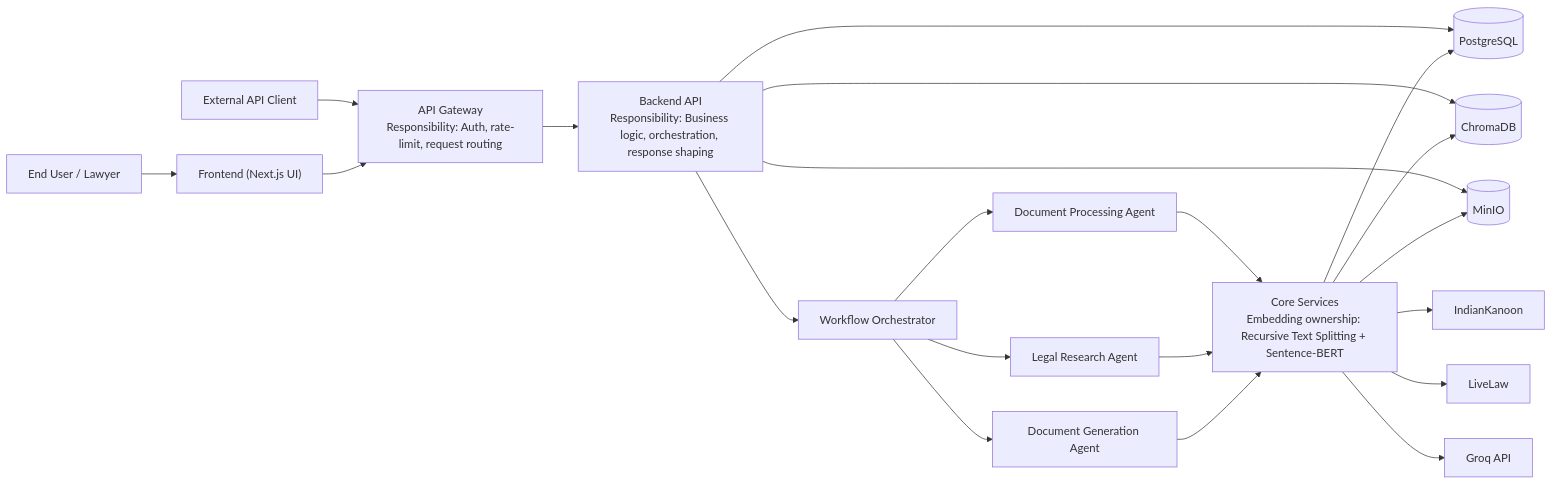
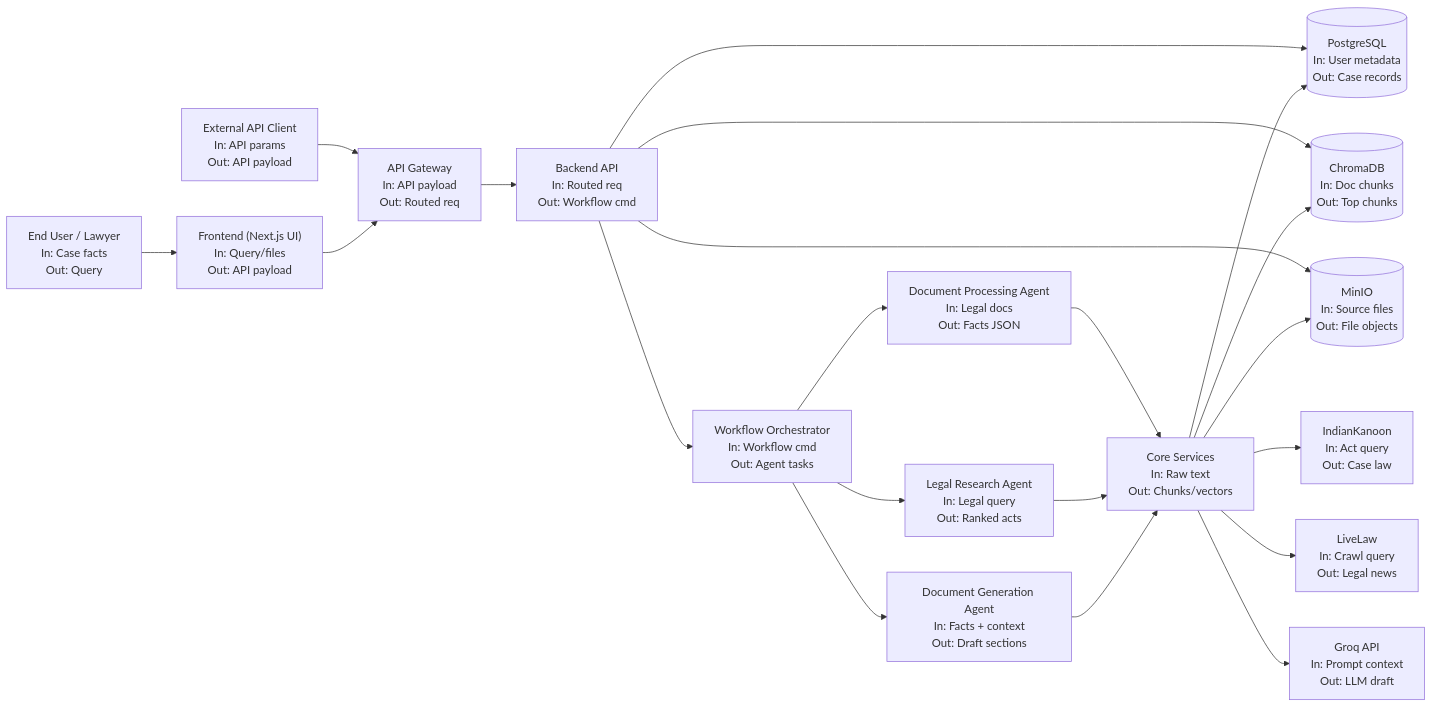
Before and after one commit to delisha02/droitdraft: the first of 4 diagrams in docs/system_architecture_diagram.md, drawn with Mermaid.

Commit message:
Add concise input/output labels to system diagram blocks

````diff
--- a/docs/system_architecture_diagram.md
+++ b/docs/system_architecture_diagram.md
@@ -7,29 +7,29 @@
 ```mermaid
 flowchart LR
-    User["End User / Lawyer"] --> FE["Frontend (Next.js UI)"]
-    APIClient["External API Client"] --> GW
+    User["End User / Lawyer\nIn: Case facts\nOut: Query"] --> FE["Frontend (Next.js UI)\nIn: Query/files\nOut: API payload"]
+    APIClient["External API Client\nIn: API params\nOut: API payload"] --> GW
 
-    FE --> GW["API Gateway\nResponsibility: Auth, rate-limit, request routing"]
-    GW --> BE["Backend API\nResponsibility: Business logic, orchestration, response shaping"]
+    FE --> GW["API Gateway\nIn: API payload\nOut: Routed req"]
+    GW --> BE["Backend API\nIn: Routed req\nOut: Workflow cmd"]
 
-    BE --> Orch["Workflow Orchestrator"]
-    Orch --> DocProc["Document Processing Agent"]
-    Orch --> LegalRes["Legal Research Agent"]
-    Orch --> DocGen["Document Generation Agent"]
+    BE --> Orch["Workflow Orchestrator\nIn: Workflow cmd\nOut: Agent tasks"]
+    Orch --> DocProc["Document Processing Agent\nIn: Legal docs\nOut: Facts JSON"]
+    Orch --> LegalRes["Legal Research Agent\nIn: Legal query\nOut: Ranked acts"]
+    Orch --> DocGen["Document Generation Agent\nIn: Facts + context\nOut: Draft sections"]
 
-    DocProc --> Services["Core Services\nEmbedding ownership: Recursive Text Splitting + Sentence-BERT"]
+    DocProc --> Services["Core Services\nIn: Raw text\nOut: Chunks/vectors"]
     LegalRes --> Services
     DocGen --> Services
 
     %% Backend-mediated storage access only
-    BE --> PG[("PostgreSQL")]
-    BE --> CH[("ChromaDB")]
-    BE --> MO[("MinIO")]
+    BE --> PG[("PostgreSQL\nIn: User metadata\nOut: Case records")]
+    BE --> CH[("ChromaDB\nIn: Doc chunks\nOut: Top chunks")]
+    BE --> MO[("MinIO\nIn: Source files\nOut: File objects")]
     Services --> PG
     Services --> CH
     Services --> MO
 
-    Services --> IK["IndianKanoon"]
-    Services --> LL["LiveLaw"]
-    Services --> Groq["Groq API"]
+    Services --> IK["IndianKanoon\nIn: Act query\nOut: Case law"]
+    Services --> LL["LiveLaw\nIn: Crawl query\nOut: Legal news"]
+    Services --> Groq["Groq API\nIn: Prompt context\nOut: LLM draft"]
 ```
````
